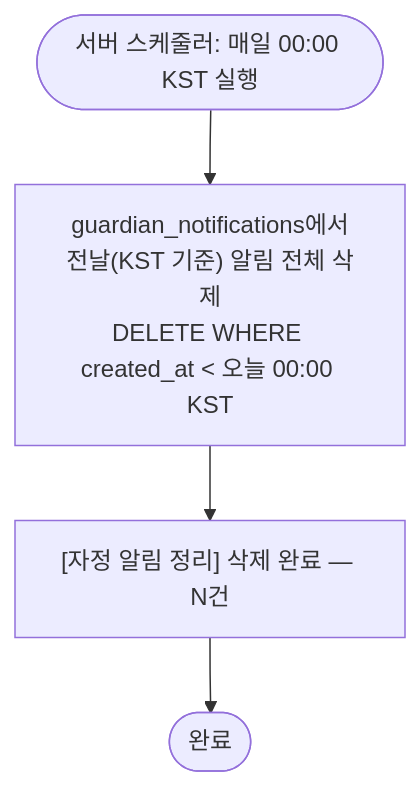
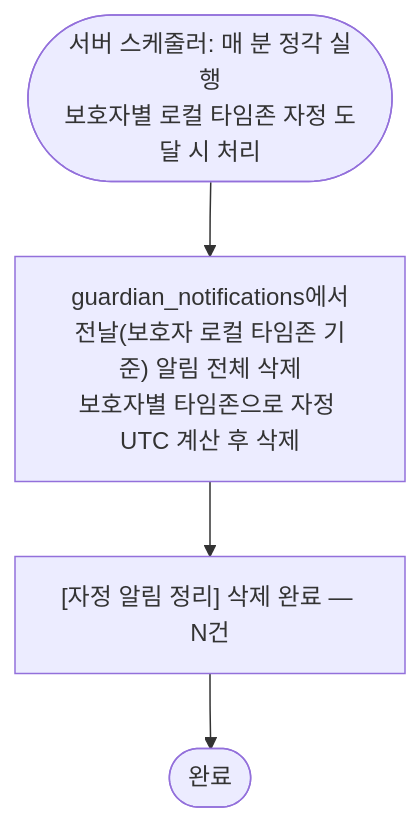
Before and after one commit to l10s18bok/kr.co.anbucheck: the fourth of 7 diagrams in .ref/heartbeat_flowchart.md, drawn with Mermaid. The commit also changed other lines of this file, not shown here.

First line of the commit message:
문서: heartbeat_flowchart.md 글로벌 타임존 및 로컬 알림 동기화 반영

````diff
--- a/.ref/heartbeat_flowchart.md
+++ b/.ref/heartbeat_flowchart.md
@@ -167,7 +167,7 @@
 ```mermaid
 flowchart TD
-    Midnight([서버 스케줄러: 매일 00:00 KST 실행])
-    Midnight --> DeleteOld["guardian_notifications에서<br/>전날(KST 기준) 알림 전체 삭제<br/>DELETE WHERE created_at < 오늘 00:00 KST"]
+    Midnight([서버 스케줄러: 매 분 정각 실행<br/>보호자별 로컬 타임존 자정 도달 시 처리])
+    Midnight --> DeleteOld["guardian_notifications에서<br/>전날(보호자 로컬 타임존 기준) 알림 전체 삭제<br/>보호자별 타임존으로 자정 UTC 계산 후 삭제"]
     DeleteOld --> Log["[자정 알림 정리] 삭제 완료 — N건"]
     Log --> End([완료])
 ```
````
